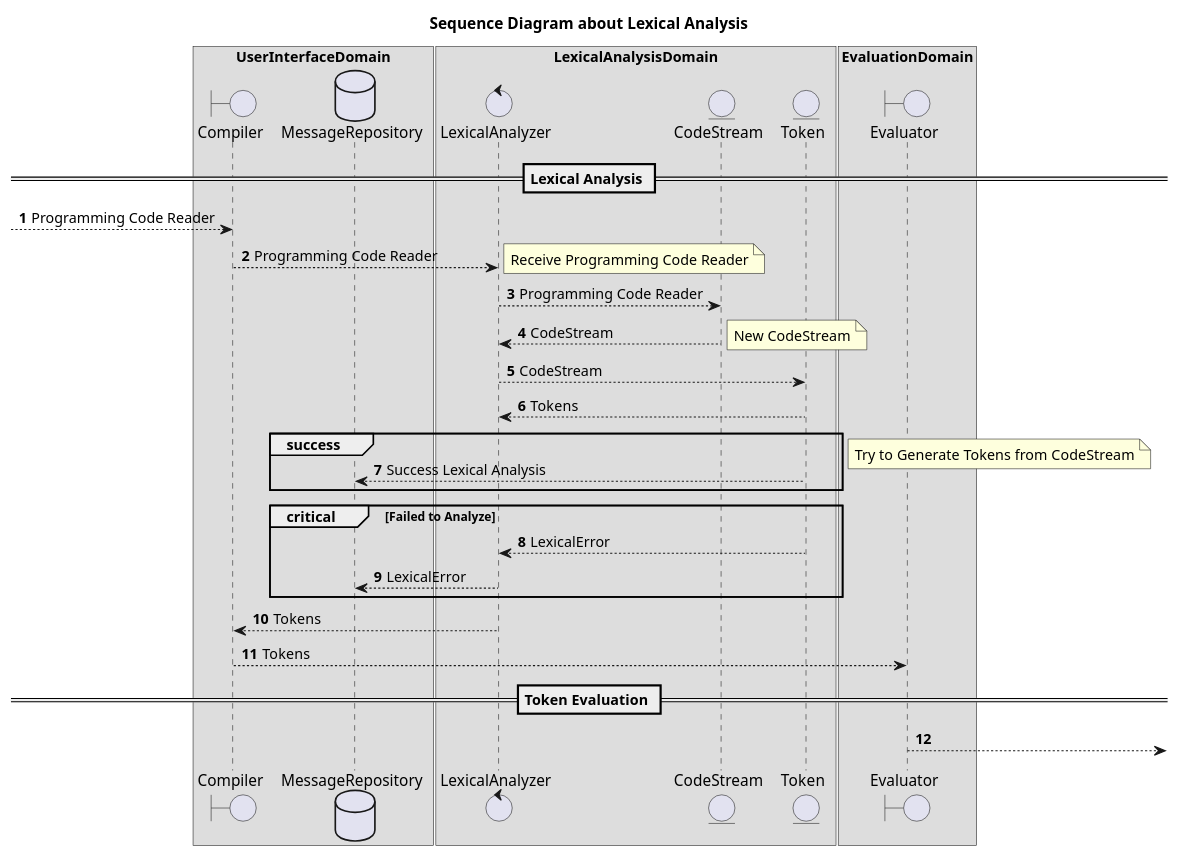
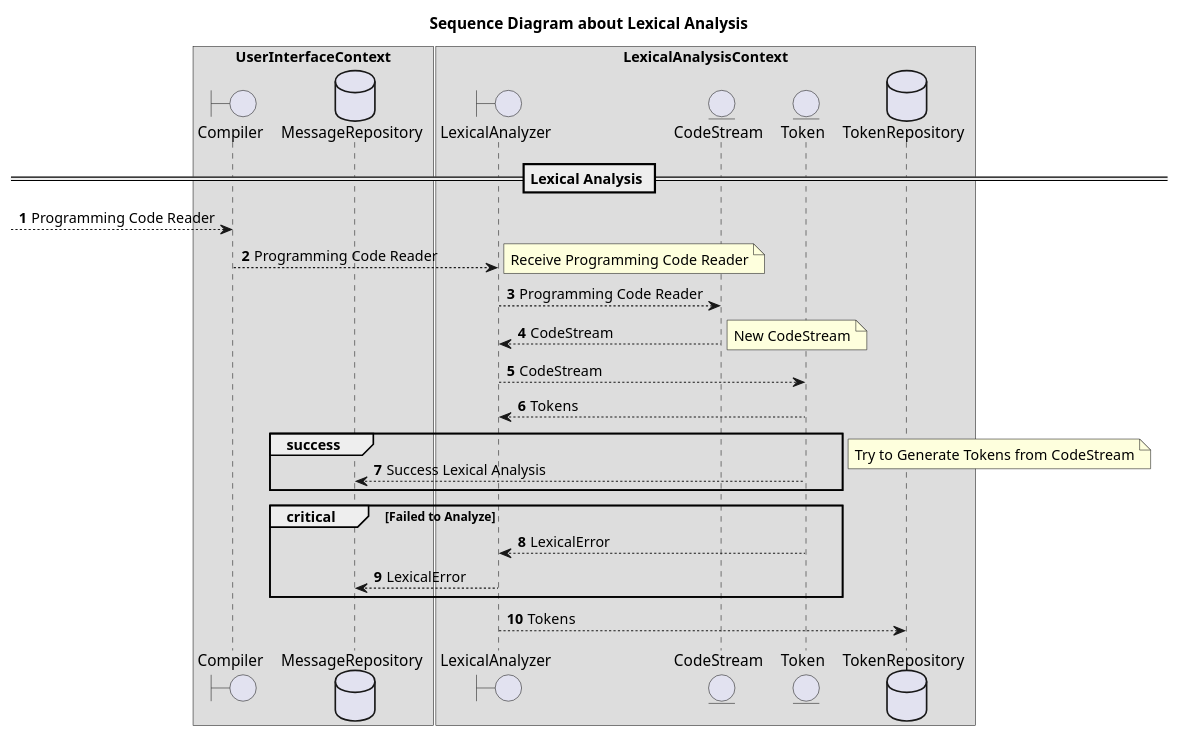
Before and after one commit to megumish/megulang: the diagram in design/lexical_analysis.pu, drawn with PlantUML. The commit also changed 1 other file, not shown here.

Commit message:
fix something and add token evaluation sequence

```diff
--- a/design/lexical_analysis.pu
+++ b/design/lexical_analysis.pu
@@ -1,51 +1,44 @@
 @startuml
 title Sequence Diagram about Lexical Analysis
 autonumber
 
 boundary Compiler
 database MessageRepository
 
-control LexicalAnalyzer
+boundary LexicalAnalyzer
 entity Token
 entity CodeStream
+database TokenRepository
 
-boundary Evaluator
-
-box UserInterfaceDomain
+box UserInterfaceContext
     participant Compiler
     participant MessageRepository
 end box
 
-box LexicalAnalysisDomain
+box LexicalAnalysisContext
     participant LexicalAnalyzer
     participant CodeStream
     participant Token
-end box
-
-box EvaluationDomain
-    participant Evaluator
+    participant TokenRepository
 end box
 
 == Lexical Analysis ==
 --> Compiler: Programming Code Reader
 Compiler --> LexicalAnalyzer: Programming Code Reader
 note right: Receive Programming Code Reader
 LexicalAnalyzer --> CodeStream: Programming Code Reader
 LexicalAnalyzer <-- CodeStream: CodeStream
 note right: New CodeStream
 LexicalAnalyzer --> Token: CodeStream
 LexicalAnalyzer <-- Token: Tokens
 group success
 Token --> MessageRepository: Success Lexical Analysis
 end
 note right: Try to Generate Tokens from CodeStream
 critical Failed to Analyze
 Token --> LexicalAnalyzer: LexicalError
 LexicalAnalyzer --> MessageRepository: LexicalError
 end
-Compiler <-- LexicalAnalyzer: Tokens
-Compiler --> Evaluator: Tokens
+LexicalAnalyzer --> TokenRepository: Tokens
 
-== Token Evaluation ==
-Evaluator -->
 @enduml
```
